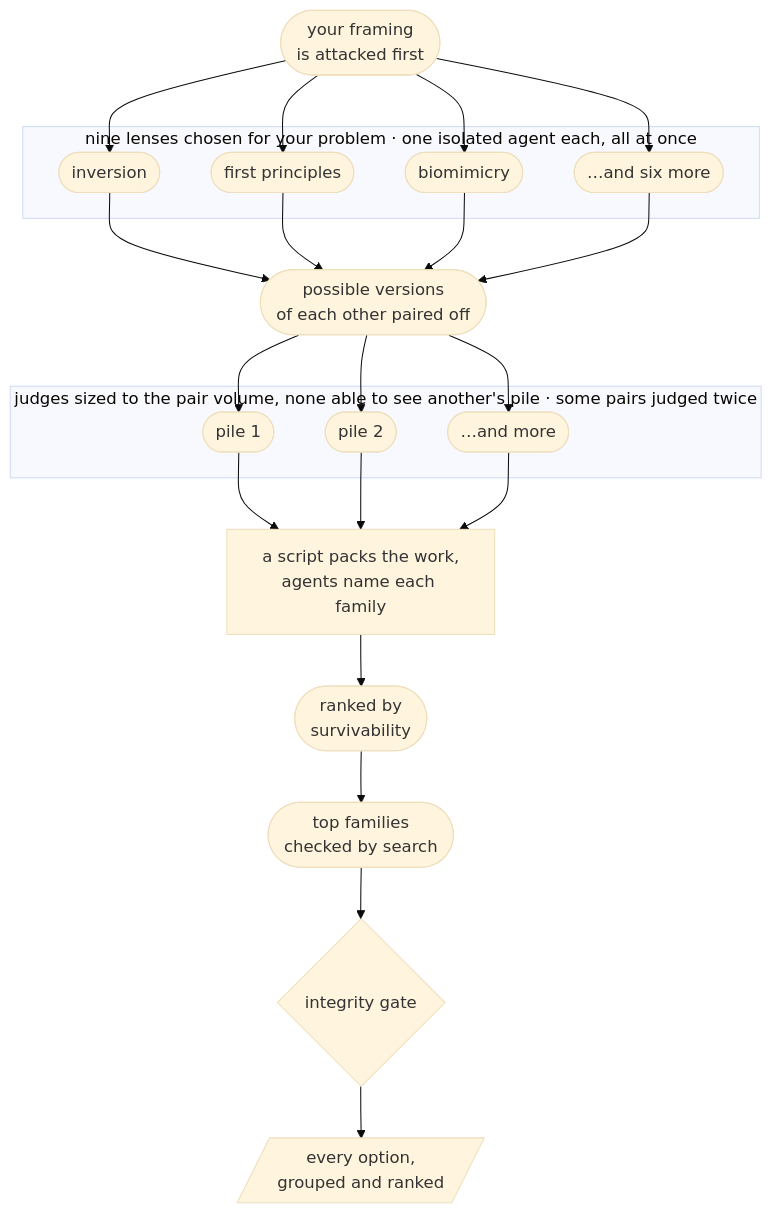
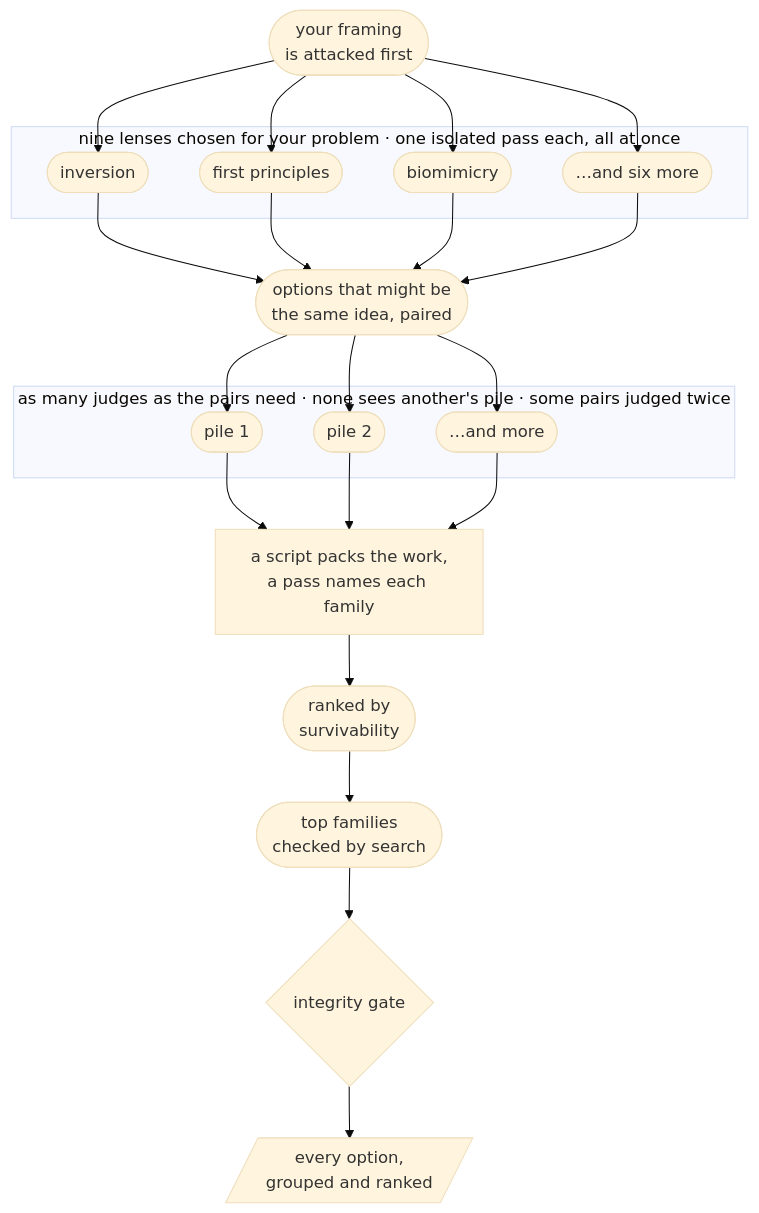
One commit to yaniv-golan/creative-problem-solving changed the diagram in README.md. Above: the diagram before and after it, drawn with Mermaid (base theme). The commit also changed other lines of this file, not shown here.

````diff
--- a/README.md
+++ b/README.md
@@ -126,33 +136,33 @@
 ```mermaid
 %% Source of truth for these stages is
 %% creative-problem-solving/skills/creative-problem-solving/references/pipeline.md.
 %% Change them there and this diagram is stale.
 %% Keep node labels short — GitHub's renderer clips a line past ~25 characters.
 flowchart TD
     accTitle: How an /ideas run works
 
     B(["your framing<br/>is attacked first"])
 
-    subgraph GEN ["nine lenses chosen for your problem · one isolated agent each, all at once"]
+    subgraph GEN ["nine lenses chosen for your problem · one isolated pass each, all at once"]
         G1(["inversion"])
         G2(["first principles"])
         G3(["biomimicry"])
         G4(["…and six more"])
     end
     B --> G1 & G2 & G3 & G4
 
-    G1 & G2 & G3 & G4 --> PP(["possible versions<br/>of each other paired off"])
+    G1 & G2 & G3 & G4 --> PP(["options that might be<br/>the same idea, paired"])
     PP --> A1 & A2 & A3
 
-    subgraph ADJ ["judges sized to the pair volume, none able to see another's pile · some pairs judged twice"]
+    subgraph ADJ ["as many judges as the pairs need · none sees another's pile · some pairs judged twice"]
         A1(["pile 1"])
         A2(["pile 2"])
         A3(["…and more"])
     end
 
-    A1 & A2 & A3 --> PG["a script packs the work,<br/>agents name each family"]
+    A1 & A2 & A3 --> PG["a script packs the work,<br/>a pass names each family"]
     PG --> RK(["ranked by<br/>survivability"])
     RK --> VF(["top families<br/>checked by search"])
     VF --> GATE{"integrity gate"}
     GATE --> OUT[/"every option,<br/>grouped and ranked"/]
 ```
````
